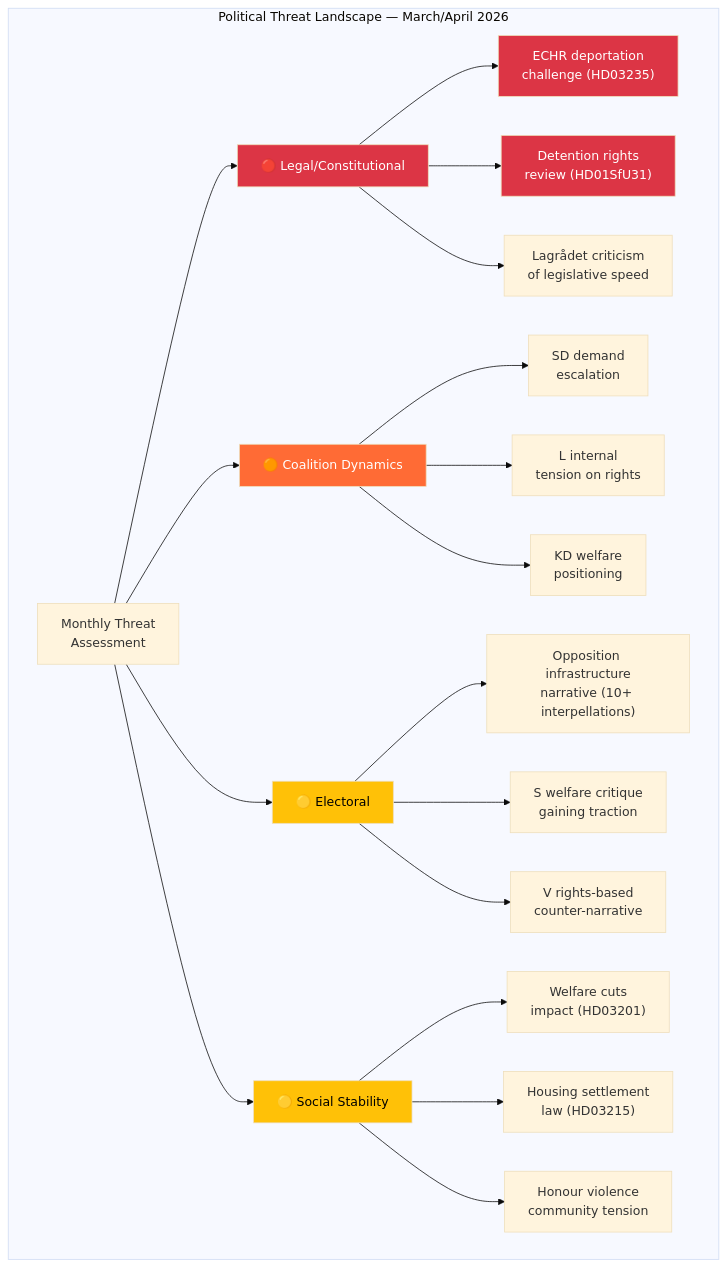
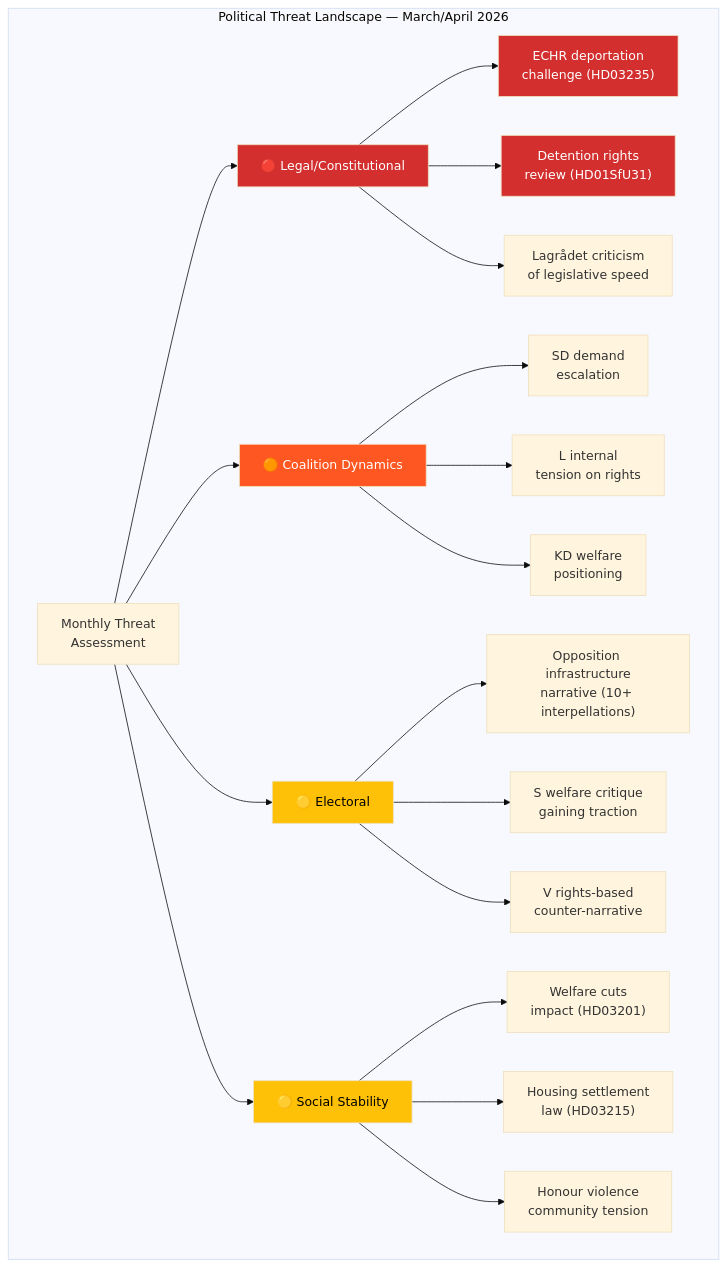
The diagram in analysis/daily/2026-04-12/monthly-review/threat-analysis.md (Hack23/riksdagsmonitor), drawn with Mermaid (base theme) before and after one commit. The commit also changed 785 other files, not shown here.

First line of the commit message:
Normalize mermaid colors across 786 analysis artifacts to ISMS Style Guide palette

````diff
--- a/analysis/daily/2026-04-12/monthly-review/threat-analysis.md
+++ b/analysis/daily/2026-04-12/monthly-review/threat-analysis.md
@@ -14,32 +14,32 @@
 ```mermaid
 graph TD
     subgraph "Political Threat Landscape — March/April 2026"
         ROOT["Monthly Threat<br/>Assessment"]
         ROOT --> LEGAL["🔴 Legal/Constitutional"]
         ROOT --> COALITION["🟠 Coalition Dynamics"]
         ROOT --> ELECTORAL["🟡 Electoral"]
         ROOT --> SOCIAL["🟡 Social Stability"]
         
         LEGAL --> L1["ECHR deportation<br/>challenge (HD03235)"]
         LEGAL --> L2["Detention rights<br/>review (HD01SfU31)"]
         LEGAL --> L3["Lagrådet criticism<br/>of legislative speed"]
         
         COALITION --> C1["SD demand<br/>escalation"]
         COALITION --> C2["L internal<br/>tension on rights"]
         COALITION --> C3["KD welfare<br/>positioning"]
         
         ELECTORAL --> E1["Opposition infrastructure<br/>narrative (10+ interpellations)"]
         ELECTORAL --> E2["S welfare critique<br/>gaining traction"]
         ELECTORAL --> E3["V rights-based<br/>counter-narrative"]
         
         SOCIAL --> S1["Welfare cuts<br/>impact (HD03201)"]
         SOCIAL --> S2["Housing settlement<br/>law (HD03215)"]
         SOCIAL --> S3["Honour violence<br/>community tension"]
     end
-    style LEGAL fill:#dc3545,color:#fff
-    style COALITION fill:#ff6b35,color:#fff
-    style ELECTORAL fill:#ffc107,color:#000
-    style SOCIAL fill:#ffc107,color:#000
-    style L1 fill:#dc3545,color:#fff
-    style L2 fill:#dc3545,color:#fff
+    style LEGAL fill:#D32F2F,color:#FFFFFF
+    style COALITION fill:#FF5722,color:#FFFFFF
+    style ELECTORAL fill:#FFC107,color:#000000
+    style SOCIAL fill:#FFC107,color:#000000
+    style L1 fill:#D32F2F,color:#FFFFFF
+    style L2 fill:#D32F2F,color:#FFFFFF
 ```
````
